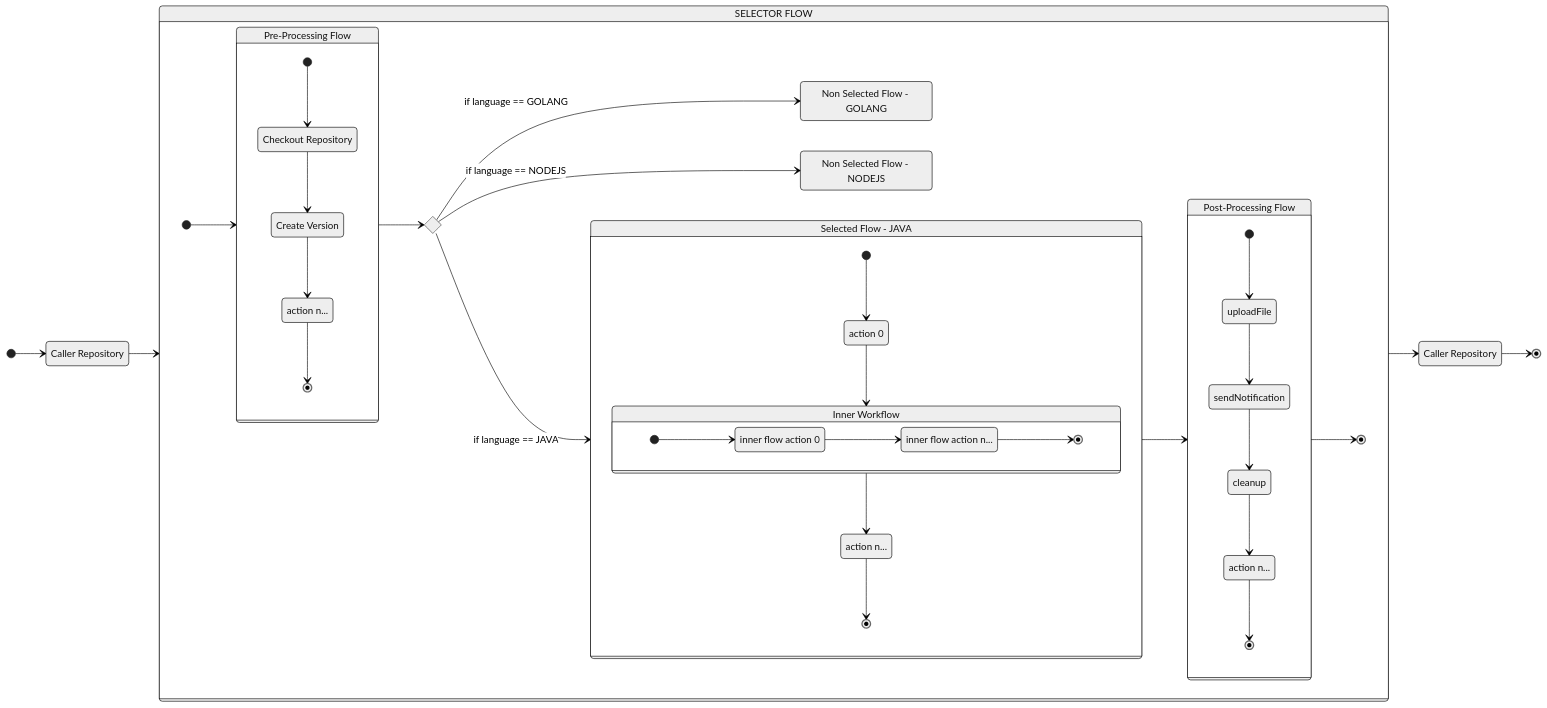
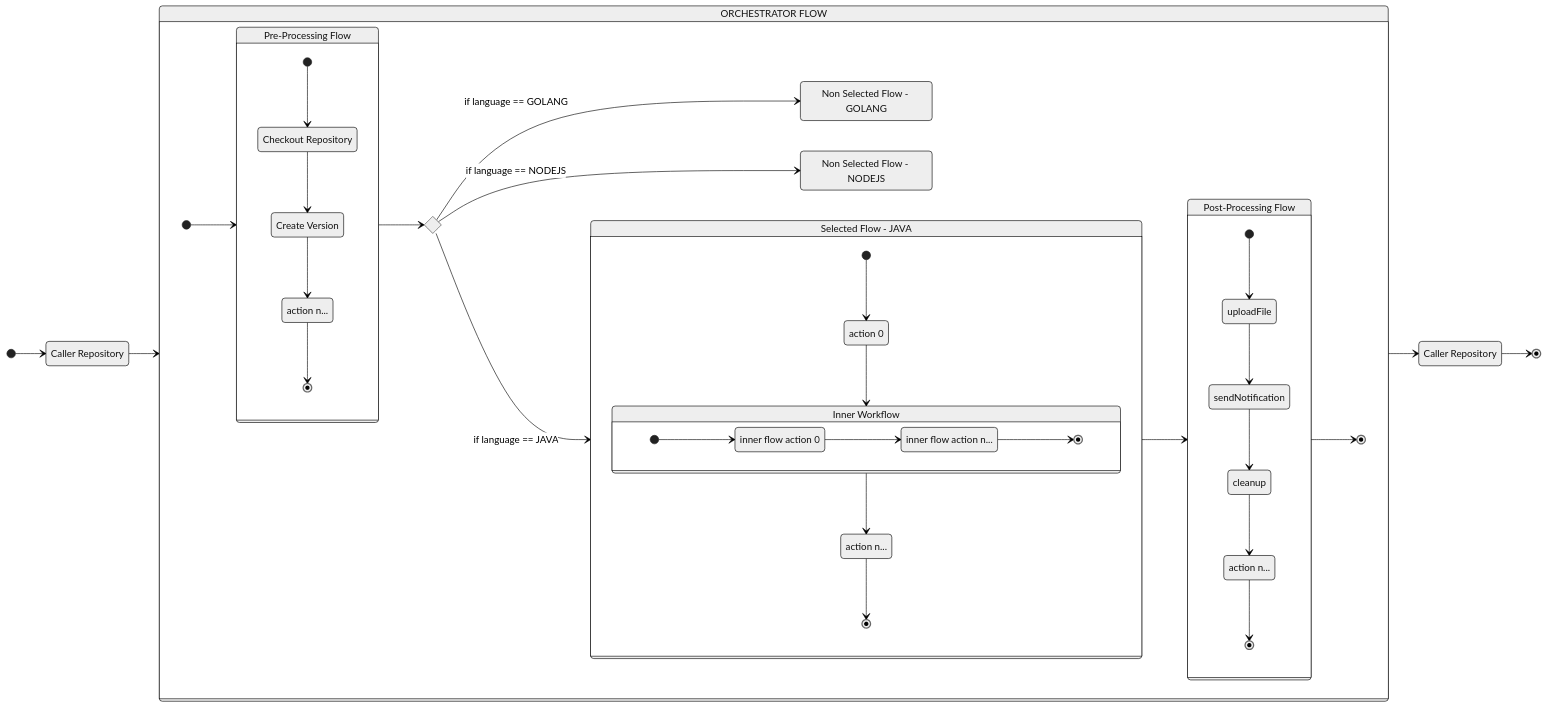
The second of 2 diagrams in .github/workflows/WORKFLOWS.md (bmc-anvil/.github), drawn with Mermaid (neutral theme) before and after one commit. The commit also changed other lines of this file, not shown here.

Commit message:
update documentation to rename `selector flow` to `orchestrator flow` across workflows, small visual mods

````diff
--- a/.github/workflows/WORKFLOWS.md
+++ b/.github/workflows/WORKFLOWS.md
@@ -100,72 +103,72 @@
 ```mermaid
 stateDiagram-v2
     direction LR
 %% Nodes
     callerStart: Caller Repository
     callerEnd: Caller Repository
-    selectorFlow: SELECTOR FLOW
+    orchestratorFlow: ORCHESTRATOR FLOW
     preProcessing: Pre-Processing Flow
     selectedFlow: Selected Flow - JAVA
     nonSelectedFlow0: Non Selected Flow - GOLANG
     nonSelectedFlow1: Non Selected Flow - NODEJS
     postProcessing: Post-Processing Flow
     checkoutRepo: Checkout Repository
     createVersion: Create Version
     action0: action 0
     action1: action n...
     action2: action n...
     action3: action n...
     action4: inner flow action 0
     action5: inner flow action n...
     innerFlow: Inner Workflow
 %% Pipeline Sequence    
     [*] --> callerStart
-    callerStart --> selectorFlow
-    selectorFlow --> callerEnd
+    callerStart --> orchestratorFlow
+    orchestratorFlow --> callerEnd
     callerEnd --> [*]
 %% Individual Flows
-    state selectorFlow {
+    state orchestratorFlow {
         direction LR
         state selector <<choice>>
         [*] --> preProcessing
         preProcessing --> selector
         selector --> nonSelectedFlow0: if language == GOLANG
         selector --> nonSelectedFlow1: if language == NODEJS
         selector --> selectedFlow: if language == JAVA
         selectedFlow --> postProcessing
         postProcessing --> [*]
     }
 
     state preProcessing {
         direction TB
         [*] --> checkoutRepo
         checkoutRepo --> createVersion
         createVersion --> action1
         action1 --> [*]
     }
 
     state selectedFlow {
         direction TB
         [*] --> action0
         action0 --> innerFlow
         innerFlow --> action2
         action2 --> [*]
     }
 
     state postProcessing {
         direction TB
         [*] --> uploadFile
         uploadFile --> sendNotification
         sendNotification --> cleanup
         cleanup --> action3
         action3 --> [*]
     }
 
     state innerFlow {
         direction LR
         [*] --> action4
         action4 --> action5
         action5 --> [*]
     }
 
 ```
````
